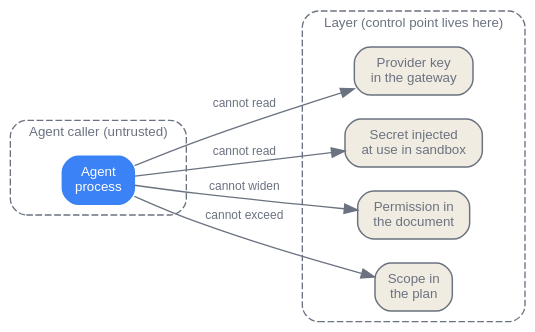
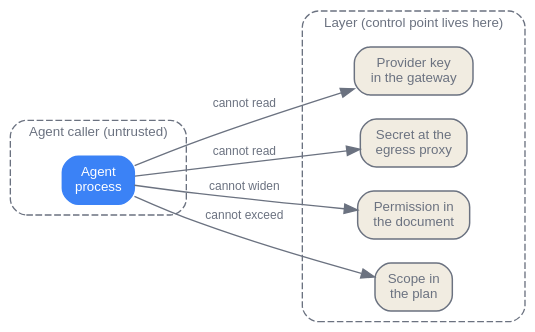
One commit to latere-ai/ai-as-an-infrastructure changed the first of 3 diagrams in en/ecosystem/03-tooling-ecosystem.qmd. Above: the diagram before and after it, drawn with Graphviz. The commit also changed other lines of this file and 7 other files, not shown here.

````diff
--- a/en/ecosystem/03-tooling-ecosystem.qmd
+++ b/en/ecosystem/03-tooling-ecosystem.qmd
@@ -48,32 +48,32 @@
 ```{dot}
 //| label: fig-tooling-control-shift
 //| fig-cap: "The one move, made four times. Each primitive lifts a control point out of the agent caller, where the model could read or bypass it, and into a layer the caller must pass through."
 digraph control_shift {
   rankdir=LR;
   bgcolor="transparent";
   node [shape=box, style="rounded,filled", fontname="Helvetica", fontsize=10, fillcolor="#f1ece1", color="#6b7280", fontcolor="#6b7280", penwidth=1.1];
   edge [fontname="Helvetica", fontsize=9, color="#6b7280", fontcolor="#6b7280"];
 
   subgraph cluster_caller {
     label="Agent caller (untrusted)";
     style="rounded,dashed";
     fontname="Helvetica"; fontsize=10; fontcolor="#6b7280"; color="#6b7280";
     agent [label="Agent\nprocess", fillcolor="#3b82f6", fontcolor="white", color="#3b82f6"];
   }
 
   subgraph cluster_layer {
     label="Layer (control point lives here)";
     style="rounded,dashed";
     fontname="Helvetica"; fontsize=10; fontcolor="#6b7280"; color="#6b7280";
     key [label="Provider key\nin the gateway"];
-    runtime [label="Secret injected\nat use in sandbox"];
+    runtime [label="Secret at the\negress proxy"];
     perm [label="Permission in\nthe document"];
     plan [label="Scope in\nthe plan"];
   }
 
   agent -> key [label="cannot read"];
   agent -> runtime [label="cannot read"];
   agent -> perm [label="cannot widen"];
   agent -> plan [label="cannot exceed"];
 }
 ```
````
